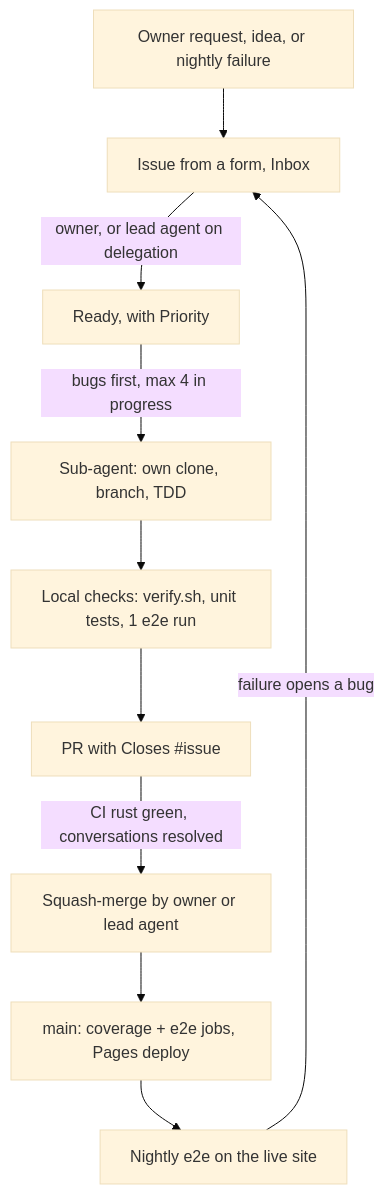
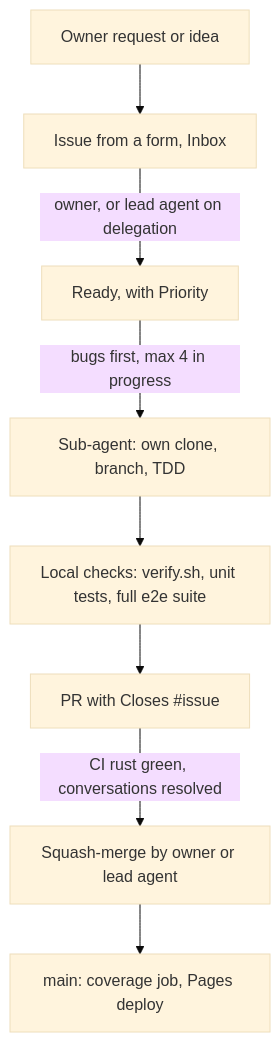
The first of 2 diagrams in CONTRIBUTING.md (TidyMaze/ab-alone), drawn with Mermaid (base theme) before and after one commit. The commit also changed other lines of this file and 13 other files, not shown here.

First line of the commit message:
ci: e2e no longer runs on PRs or pushes, the full suite runs locally before merge (#446)

````diff
--- a/CONTRIBUTING.md
+++ b/CONTRIBUTING.md
@@ -32,12 +32,10 @@
 ```mermaid
 flowchart TD
-  A[Owner request, idea, or nightly failure] --> B[Issue from a form, Inbox]
+  A[Owner request or idea] --> B[Issue from a form, Inbox]
   B -->|owner, or lead agent on delegation| C[Ready, with Priority]
   C -->|bugs first, max 4 in progress| D[Sub-agent: own clone, branch, TDD]
-  D --> E[Local checks: verify.sh, unit tests, 1 e2e run]
+  D --> E[Local checks: verify.sh, unit tests, full e2e suite]
   E --> F[PR with Closes #issue]
   F -->|CI rust green, conversations resolved| G[Squash-merge by owner or lead agent]
-  G --> H[main: coverage + e2e jobs, Pages deploy]
-  H --> I[Nightly e2e on the live site]
-  I -->|failure opens a bug| B
+  G --> H[main: coverage job, Pages deploy]
 ```
````
